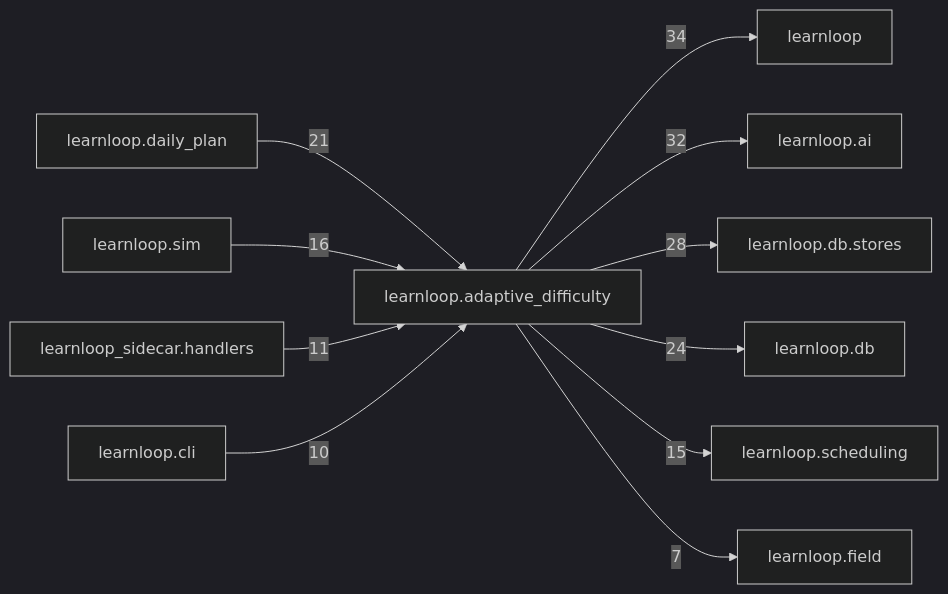
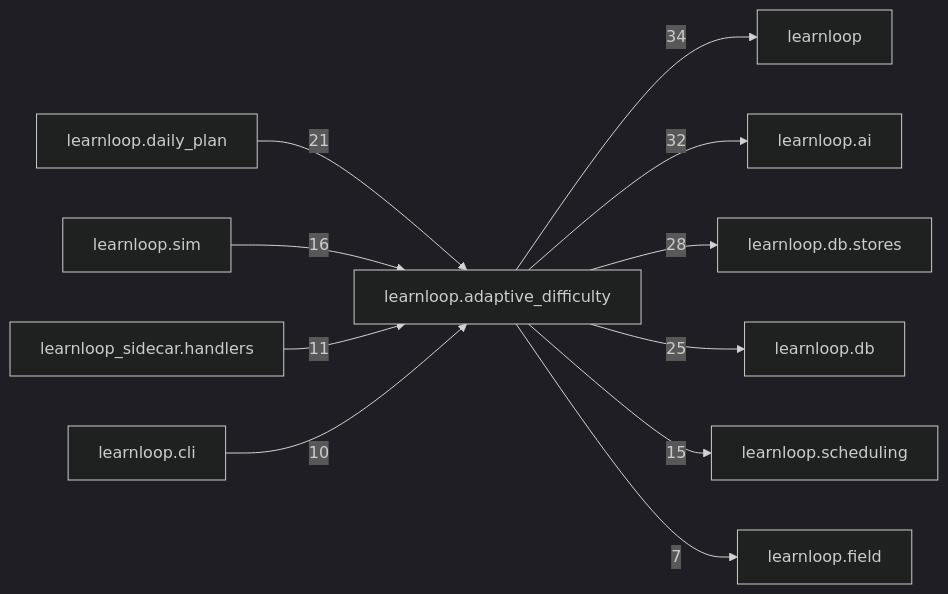
Before and after one commit to 6up-b/learnanything: the diagram in docs/learnloop-architecture-vault/Reference/Modules/learnloop/adaptive_difficulty/_package.md, drawn with Mermaid (dark theme). The commit also changed other lines of this file and 49 other files, not shown here.

````diff
--- a/docs/learnloop-architecture-vault/Reference/Modules/learnloop/adaptive_difficulty/_package.md
+++ b/docs/learnloop-architecture-vault/Reference/Modules/learnloop/adaptive_difficulty/_package.md
@@ -185,24 +185,24 @@
 ```mermaid
 flowchart LR
     center["learnloop.adaptive_difficulty"]
     n_learnloop["learnloop"]
     n_learnloop_ai["learnloop.ai"]
     n_learnloop_db_stores["learnloop.db.stores"]
     n_learnloop_db["learnloop.db"]
     n_learnloop_daily_plan["learnloop.daily_plan"]
     n_learnloop_sim["learnloop.sim"]
     n_learnloop_scheduling["learnloop.scheduling"]
     n_learnloop_sidecar_handlers["learnloop_sidecar.handlers"]
     n_learnloop_cli["learnloop.cli"]
     n_learnloop_field["learnloop.field"]
     center -->|34| n_learnloop
     center -->|32| n_learnloop_ai
     center -->|28| n_learnloop_db_stores
-    center -->|24| n_learnloop_db
+    center -->|25| n_learnloop_db
     n_learnloop_daily_plan -->|21| center
     n_learnloop_sim -->|16| center
     center -->|15| n_learnloop_scheduling
     n_learnloop_sidecar_handlers -->|11| center
     n_learnloop_cli -->|10| center
     center -->|7| n_learnloop_field
 ```
````
